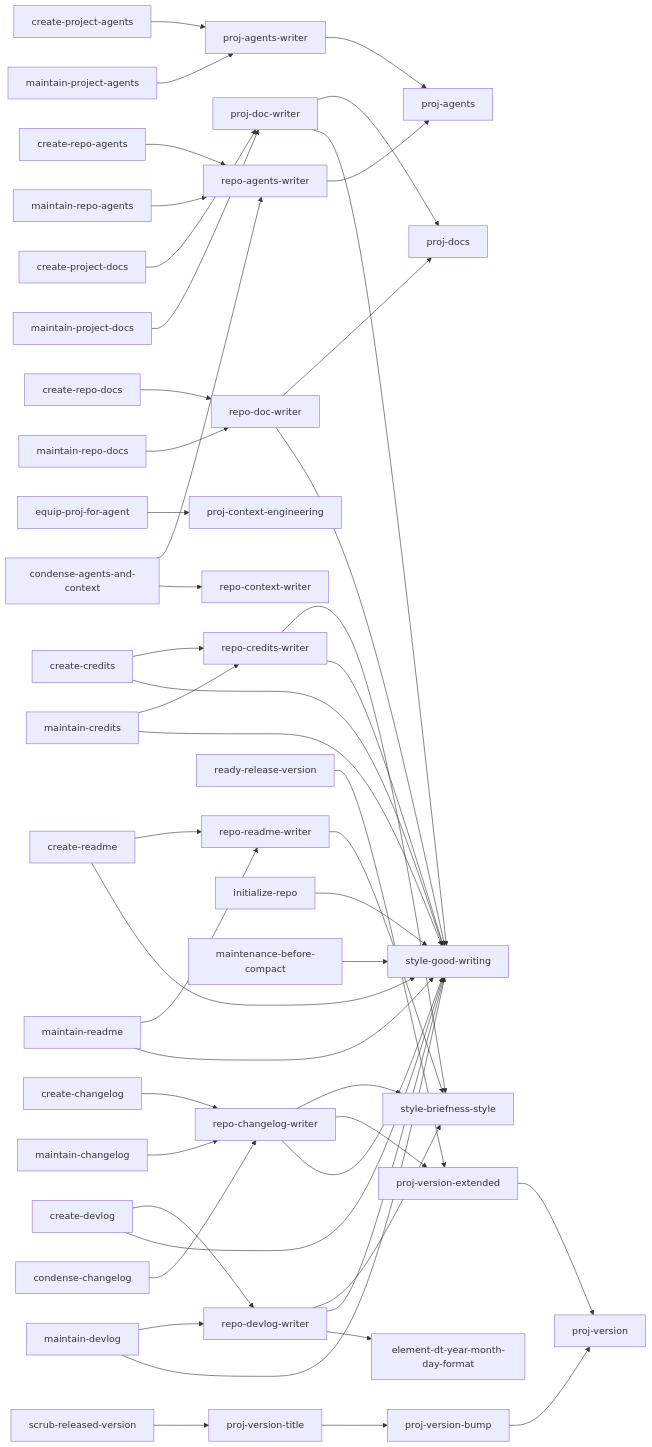
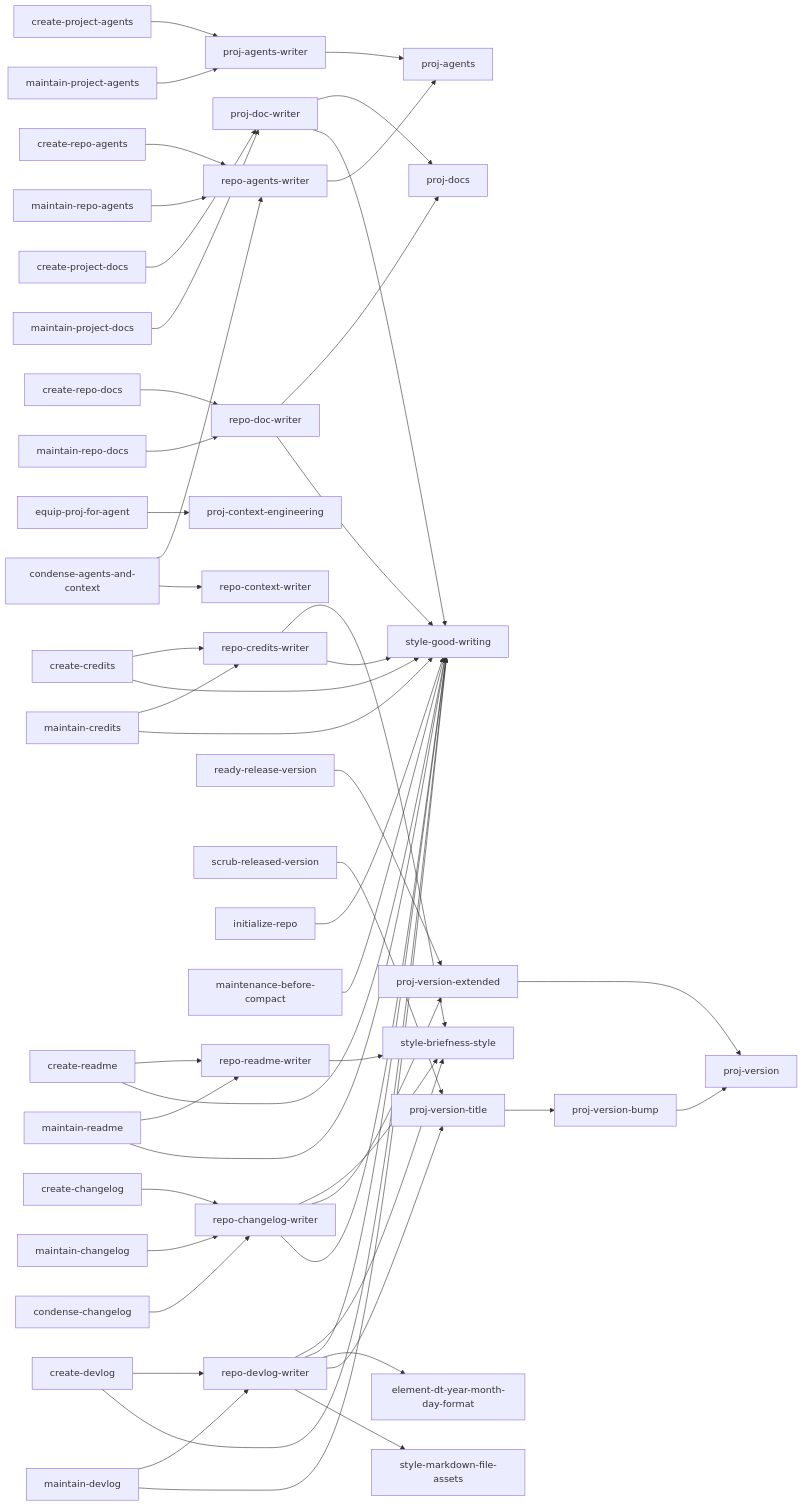
The second of 7 diagrams in docs/blueprint-doc.md (kami-lel/kaye-library), drawn with Mermaid before and after one commit. The commit also changed 8 other files, not shown here.

First line of the commit message:
add Markdown File Assets style; DEVLOG writer stores images by it

````diff
--- a/docs/blueprint-doc.md
+++ b/docs/blueprint-doc.md
@@ -37,51 +37,53 @@
 ```mermaid
 flowchart LR
     proj_agents_writer["proj-agents-writer"] --> proj_agents["proj-agents"]
     repo_agents_writer["repo-agents-writer"] --> proj_agents
     proj_doc_writer["proj-doc-writer"] --> proj_docs["proj-docs"]
     repo_doc_writer["repo-doc-writer"] --> proj_docs
     proj_doc_writer --> style_good_writing["style-good-writing"]
     repo_doc_writer --> style_good_writing
     equip_proj_for_agent["equip-proj-for-agent"] --> proj_context_engineering["proj-context-engineering"]
     repo_readme_writer["repo-readme-writer"] --> style_briefness_style["style-briefness-style"]
     repo_changelog_writer["repo-changelog-writer"] --> style_briefness_style
     repo_changelog_writer --> proj_version_extended["proj-version-extended"]
     repo_changelog_writer --> style_good_writing
     repo_credits_writer["repo-credits-writer"] --> style_briefness_style
     repo_credits_writer --> style_good_writing
     repo_devlog_writer["repo-devlog-writer"] --> style_briefness_style
     repo_devlog_writer --> style_good_writing
     repo_devlog_writer --> element_dt_year_month_day_format["element-dt-year-month-day-format"]
+    repo_devlog_writer --> proj_version_title
+    repo_devlog_writer --> style_markdown_file_assets["style-markdown-file-assets"]
     ready_release_version["ready-release-version"] --> proj_version_extended
     scrub_released_version["scrub-released-version"] --> proj_version_title["proj-version-title"]
     proj_version_title["proj-version-title"] --> proj_version_bump["proj-version-bump"]
     proj_version_bump --> proj_version["proj-version"]
     proj_version_extended --> proj_version
     initialize_repo["initialize-repo"] --> style_good_writing
     maintenance_before_compact["maintenance-before-compact"] --> style_good_writing
     condense_agents_and_context["condense-agents-and-context"] --> repo_agents_writer
     condense_agents_and_context --> repo_context_writer["repo-context-writer"]
     create_project_agents["create-project-agents"] --> proj_agents_writer
     maintain_project_agents["maintain-project-agents"] --> proj_agents_writer
     create_project_docs["create-project-docs"] --> proj_doc_writer
     maintain_project_docs["maintain-project-docs"] --> proj_doc_writer
     create_readme["create-readme"] --> repo_readme_writer
     maintain_readme["maintain-readme"] --> repo_readme_writer
     create_readme --> style_good_writing
     maintain_readme --> style_good_writing
     create_changelog["create-changelog"] --> repo_changelog_writer
     maintain_changelog["maintain-changelog"] --> repo_changelog_writer
     condense_changelog["condense-changelog"] --> repo_changelog_writer
     create_credits["create-credits"] --> repo_credits_writer
     maintain_credits["maintain-credits"] --> repo_credits_writer
     create_devlog["create-devlog"] --> repo_devlog_writer
     maintain_devlog["maintain-devlog"] --> repo_devlog_writer
     create_credits --> style_good_writing
     maintain_credits --> style_good_writing
     create_devlog --> style_good_writing
     maintain_devlog --> style_good_writing
     create_repo_agents["create-repo-agents"] --> repo_agents_writer
     maintain_repo_agents["maintain-repo-agents"] --> repo_agents_writer
     create_repo_docs["create-repo-docs"] --> repo_doc_writer
     maintain_repo_docs["maintain-repo-docs"] --> repo_doc_writer
 ```
````
